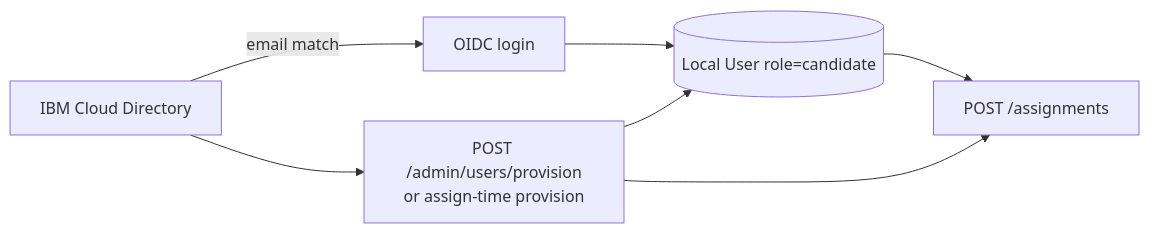
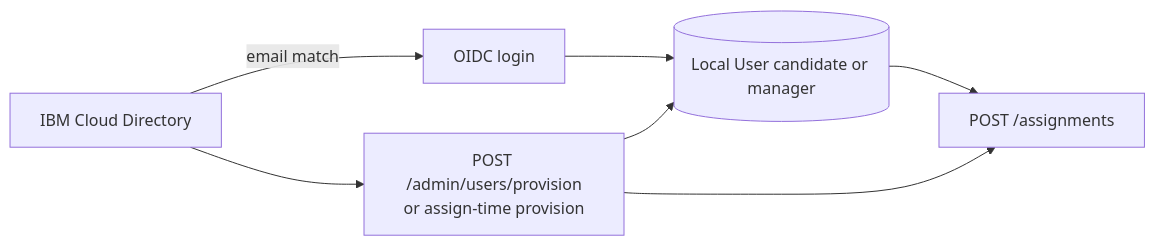
One commit to cogniversity/assessment_os changed the first of 2 diagrams in docs/PRODUCT_PLAN.md. Above: the diagram before and after it, drawn with Mermaid. The commit also changed other lines of this file and 3 other files, not shown here.

````diff
--- a/docs/PRODUCT_PLAN.md
+++ b/docs/PRODUCT_PLAN.md
@@ -312,15 +312,15 @@
 ```mermaid
 flowchart LR
   CD[IBM Cloud Directory]
   OIDC[OIDC login]
   Prov[POST /admin/users/provision\nor assign-time provision]
-  DB[(Local User role=candidate)]
+  DB[(Local User candidate or manager)]
   Assign[POST /assignments]
 
   CD -->|email match| OIDC
   CD --> Prov
   OIDC --> DB
   Prov --> DB
   DB --> Assign
   Prov --> Assign
 ```
````
